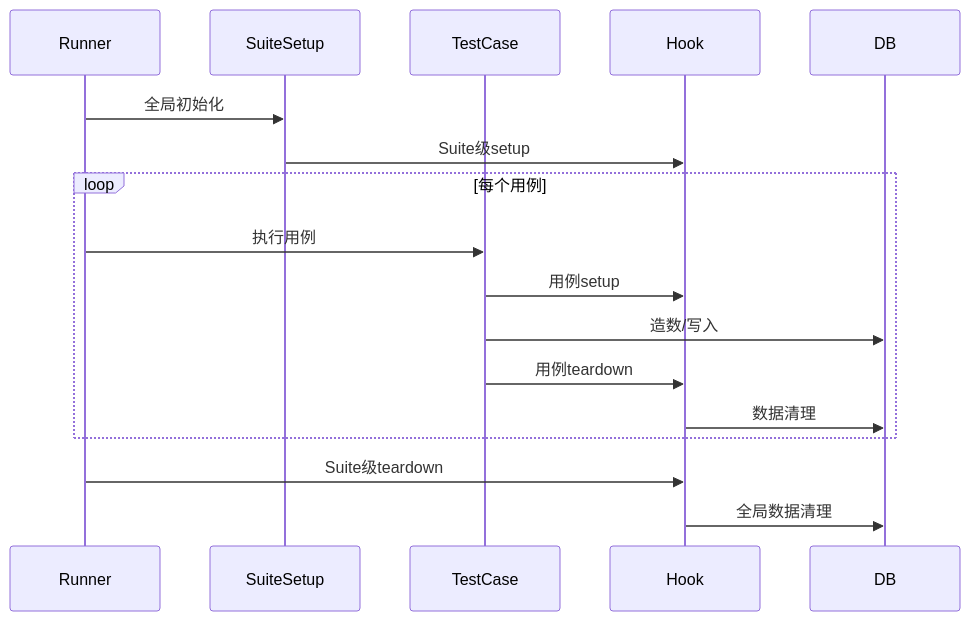
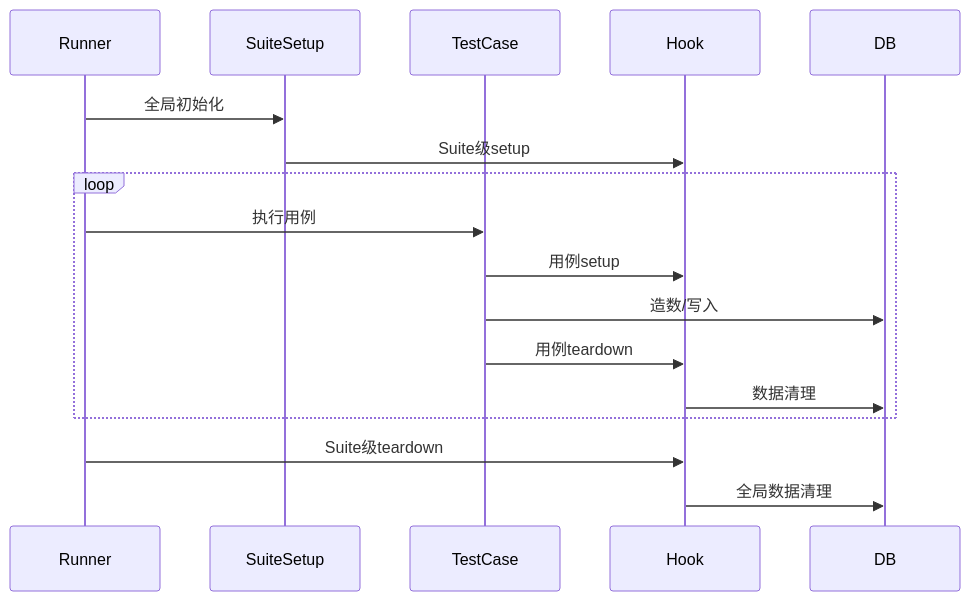
Before and after one commit to uytrdcvbjhgf/guyuechen.github.io: the fourth of 6 diagrams in content/posts/automation/talk-about-automation.md, drawn with Mermaid. The commit also changed 1 other file, not shown here.

Commit message:
mermaid style

````diff
--- a/content/posts/automation/talk-about-automation.md
+++ b/content/posts/automation/talk-about-automation.md
@@ -178,19 +178,19 @@
 ```mermaid
 sequenceDiagram
     participant Runner
     participant SuiteSetup
     participant TestCase
     participant Hook
     participant DB
     Runner->>SuiteSetup: 全局初始化
     SuiteSetup->>Hook: Suite级setup
-    loop 每个用例
+    loop
         Runner->>TestCase: 执行用例
         TestCase->>Hook: 用例setup
         TestCase->>DB: 造数/写入
         TestCase->>Hook: 用例teardown
         Hook->>DB: 数据清理
     end
     Runner->>Hook: Suite级teardown
     Hook->>DB: 全局数据清理
 ```
````
